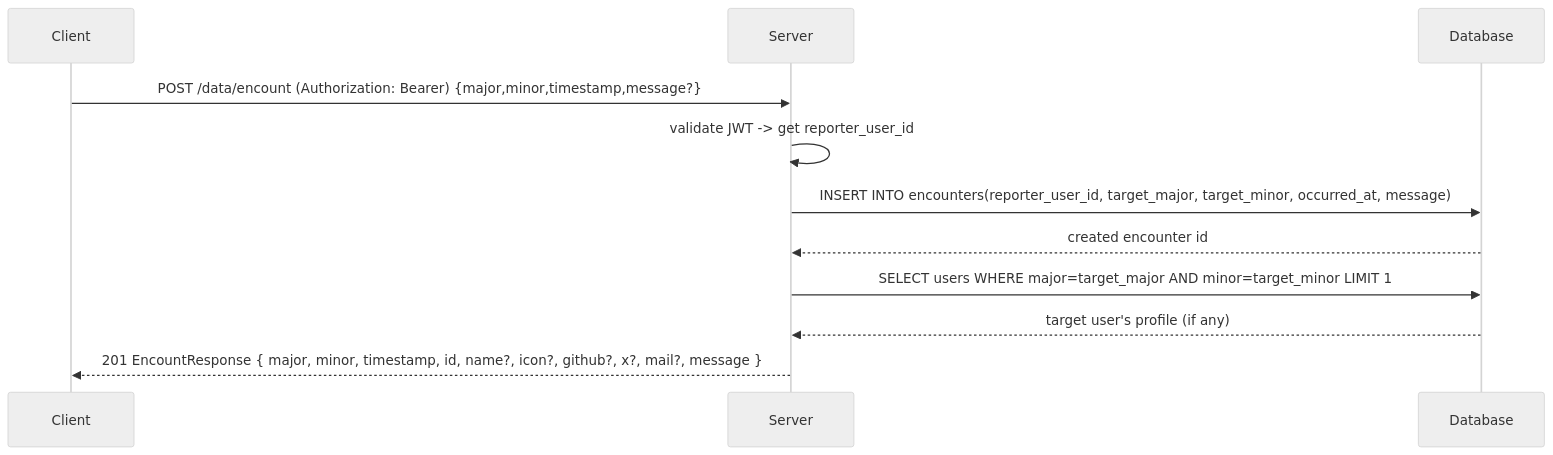
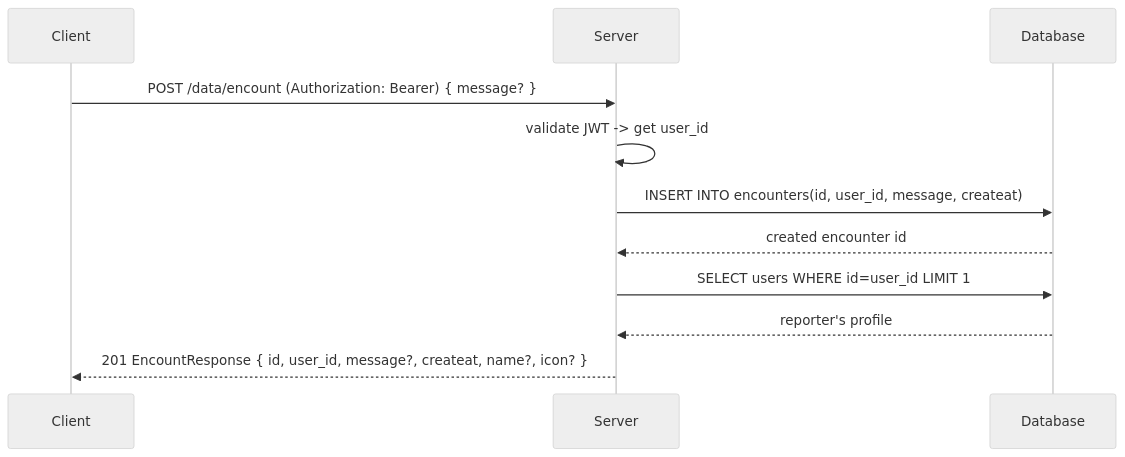
One commit to oldsheeep3/ichie-api changed the diagram in docs/diagrams/DataEncountPost.mmd. Above: the diagram before and after it, drawn with Mermaid (neutral theme). The commit also changed 47 other files, not shown here.

```diff
--- a/docs/diagrams/DataEncountPost.mmd
+++ b/docs/diagrams/DataEncountPost.mmd
@@ -1,12 +1,12 @@
 sequenceDiagram
   participant C as Client
   participant S as Server
   participant DB as Database
 
-  C->>S: POST /data/encount (Authorization: Bearer) {major,minor,timestamp,message?}
-  S->>S: validate JWT -> get reporter_user_id
-  S->>DB: INSERT INTO encounters(reporter_user_id, target_major, target_minor, occurred_at, message)
+  C->>S: POST /data/encount (Authorization: Bearer) { message? }
+  S->>S: validate JWT -> get user_id
+  S->>DB: INSERT INTO encounters(id, user_id, message, createat)
   DB-->>S: created encounter id
-  S->>DB: SELECT users WHERE major=target_major AND minor=target_minor LIMIT 1
-  DB-->>S: target user's profile (if any)
-  S-->>C: 201 EncountResponse { major, minor, timestamp, id, name?, icon?, github?, x?, mail?, message }
+  S->>DB: SELECT users WHERE id=user_id LIMIT 1
+  DB-->>S: reporter's profile
+  S-->>C: 201 EncountResponse { id, user_id, message?, createat, name?, icon? }
```
